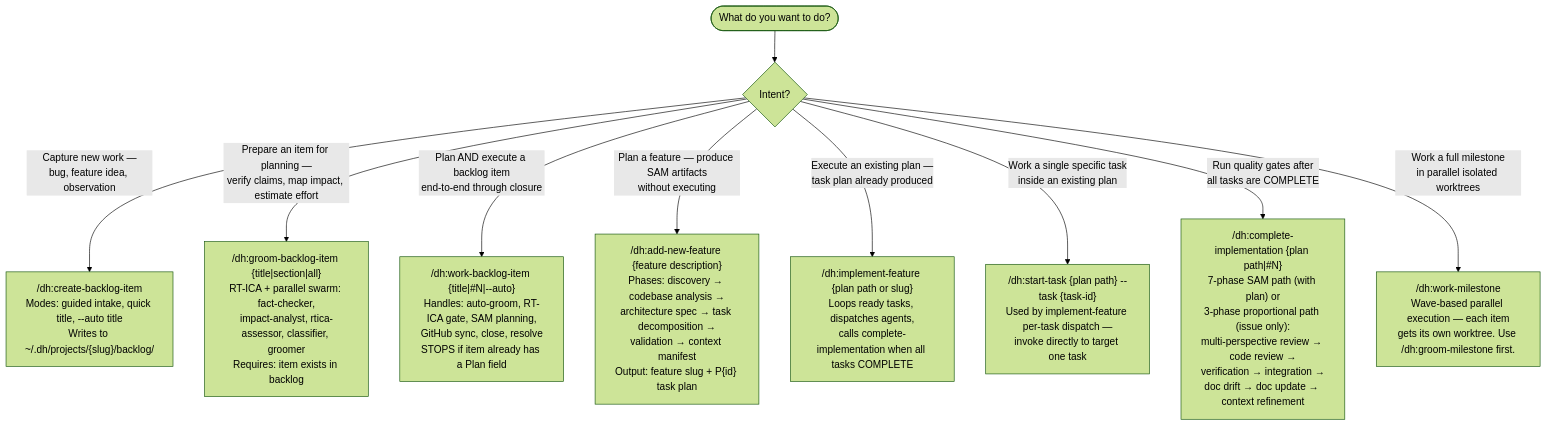
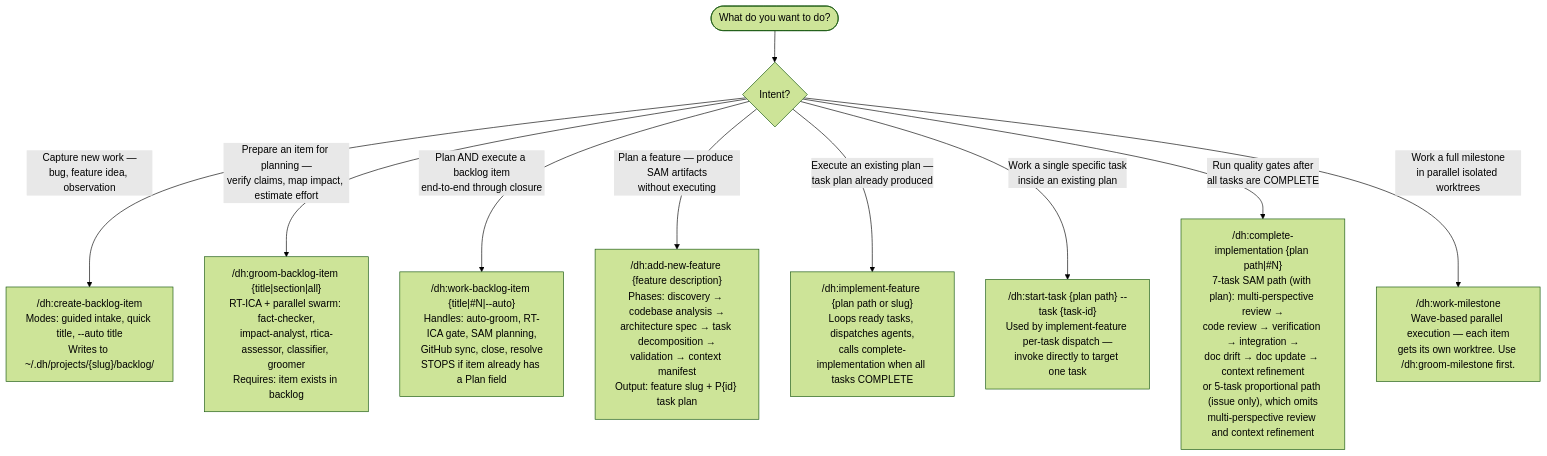
One commit to Jamie-BitFlight/claude_skills changed the first of 2 diagrams in plugins/development-harness/skills/development-harness/SKILL.md. Above: the diagram before and after it, drawn with Mermaid (forest theme). The commit also changed 3 other files, not shown here.

````diff
--- a/plugins/development-harness/skills/development-harness/SKILL.md
+++ b/plugins/development-harness/skills/development-harness/SKILL.md
@@ -34,20 +34,20 @@
 ```mermaid
 flowchart TD
     Start([What do you want to do?]) --> Q1{Intent?}
 
     Q1 -->|Capture new work —<br>bug, feature idea, observation| Create["/dh:create-backlog-item<br>Modes: guided intake, quick title, --auto title<br>Writes to ~/.dh/projects/{slug}/backlog/"]
 
     Q1 -->|Prepare an item for planning —<br>verify claims, map impact, estimate effort| Groom["/dh:groom-backlog-item {title|section|all}<br>RT-ICA + parallel swarm: fact-checker,<br>impact-analyst, rtica-assessor, classifier, groomer<br>Requires: item exists in backlog"]
 
     Q1 -->|Plan AND execute a backlog item<br>end-to-end through closure| Work["/dh:work-backlog-item {title|#N|--auto}<br>Handles: auto-groom, RT-ICA gate, SAM planning,<br>GitHub sync, close, resolve<br>STOPS if item already has a Plan field"]
 
     Q1 -->|Plan a feature — produce SAM artifacts<br>without executing| Plan["/dh:add-new-feature {feature description}<br>Phases: discovery → codebase analysis →<br>architecture spec → task decomposition →<br>validation → context manifest<br>Output: feature slug + P{id} task plan"]
 
     Q1 -->|Execute an existing plan —<br>task plan already produced| Execute["/dh:implement-feature {plan path or slug}<br>Loops ready tasks, dispatches agents,<br>calls complete-implementation when all tasks COMPLETE"]
 
     Q1 -->|Work a single specific task<br>inside an existing plan| Single["/dh:start-task {plan path} --task {task-id}<br>Used by implement-feature per-task dispatch —<br>invoke directly to target one task"]
 
-    Q1 -->|Run quality gates after<br>all tasks are COMPLETE| QG["/dh:complete-implementation {plan path|#N}<br>7-phase SAM path (with plan) or<br>3-phase proportional path (issue only):<br>multi-perspective review → code review →<br>verification → integration →<br>doc drift → doc update → context refinement"]
+    Q1 -->|Run quality gates after<br>all tasks are COMPLETE| QG["/dh:complete-implementation {plan path|#N}<br>7-task SAM path (with plan): multi-perspective review →<br>code review → verification → integration →<br>doc drift → doc update → context refinement<br>or 5-task proportional path (issue only), which omits<br>multi-perspective review and context refinement"]
 
     Q1 -->|Work a full milestone<br>in parallel isolated worktrees| Milestone["/dh:work-milestone<br>Wave-based parallel execution — each item<br>gets its own worktree. Use /dh:groom-milestone first."]
 ```
````
